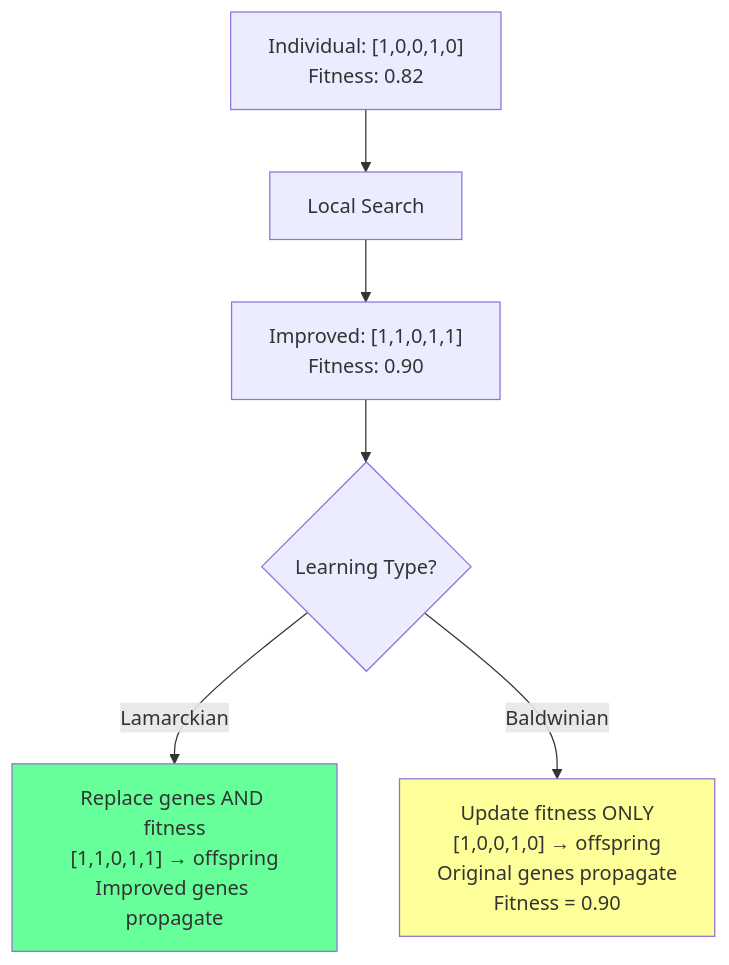
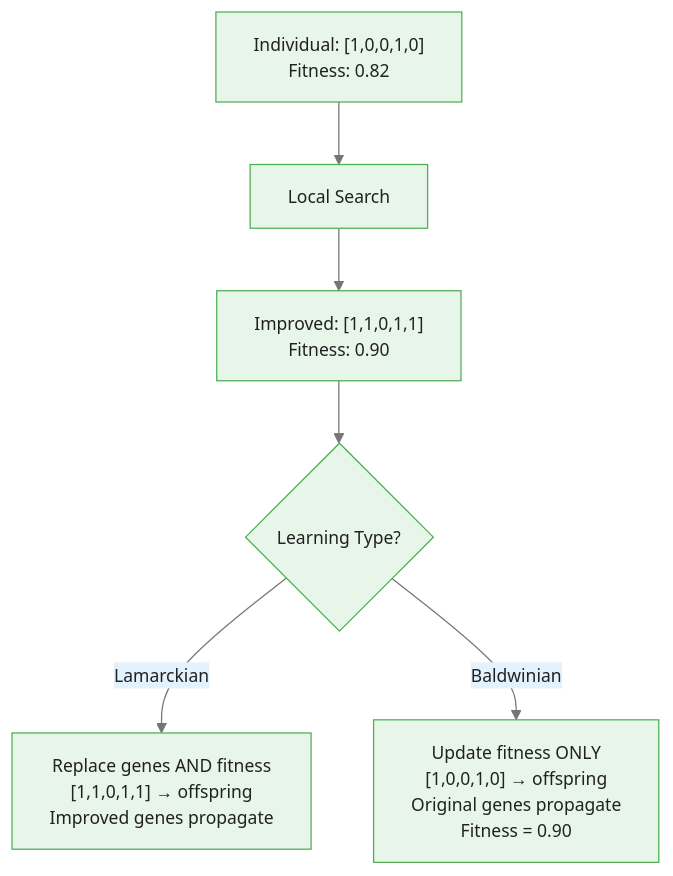
Before and after one commit to m-deane/course-creator: the second of 2 diagrams in courses/genetic-algorithms-feature-selection/modules/module_05_advanced/guides/02_hybrid_methods_slides.md, drawn with Mermaid. The commit also changed other lines of this file and 52 other files, not shown here.

````diff
--- a/courses/genetic-algorithms-feature-selection/modules/module_05_advanced/guides/02_hybrid_methods_slides.md
+++ b/courses/genetic-algorithms-feature-selection/modules/module_05_advanced/guides/02_hybrid_methods_slides.md
@@ -101,10 +100,9 @@
 ```mermaid
+%%{init: {"theme": "base", "themeVariables": {"primaryColor": "#e8f5e9", "primaryBorderColor": "#4caf50", "primaryTextColor": "#212121", "secondaryColor": "#e3f2fd", "tertiaryColor": "#fff8e1", "lineColor": "#757575", "fontFamily": "Inter, sans-serif", "fontSize": "14px"}}}%%
 flowchart TD
     A["Individual: [1,0,0,1,0]<br/>Fitness: 0.82"] --> B["Local Search"]
     B --> C["Improved: [1,1,0,1,1]<br/>Fitness: 0.90"]
     C --> D{"Learning Type?"}
     D -->|"Lamarckian"| E["Replace genes AND fitness<br/>[1,1,0,1,1] → offspring<br/>Improved genes propagate"]
     D -->|"Baldwinian"| F["Update fitness ONLY<br/>[1,0,0,1,0] → offspring<br/>Original genes propagate<br/>Fitness = 0.90"]
-    style E fill:#6f9
-    style F fill:#ff9
 ```
````
